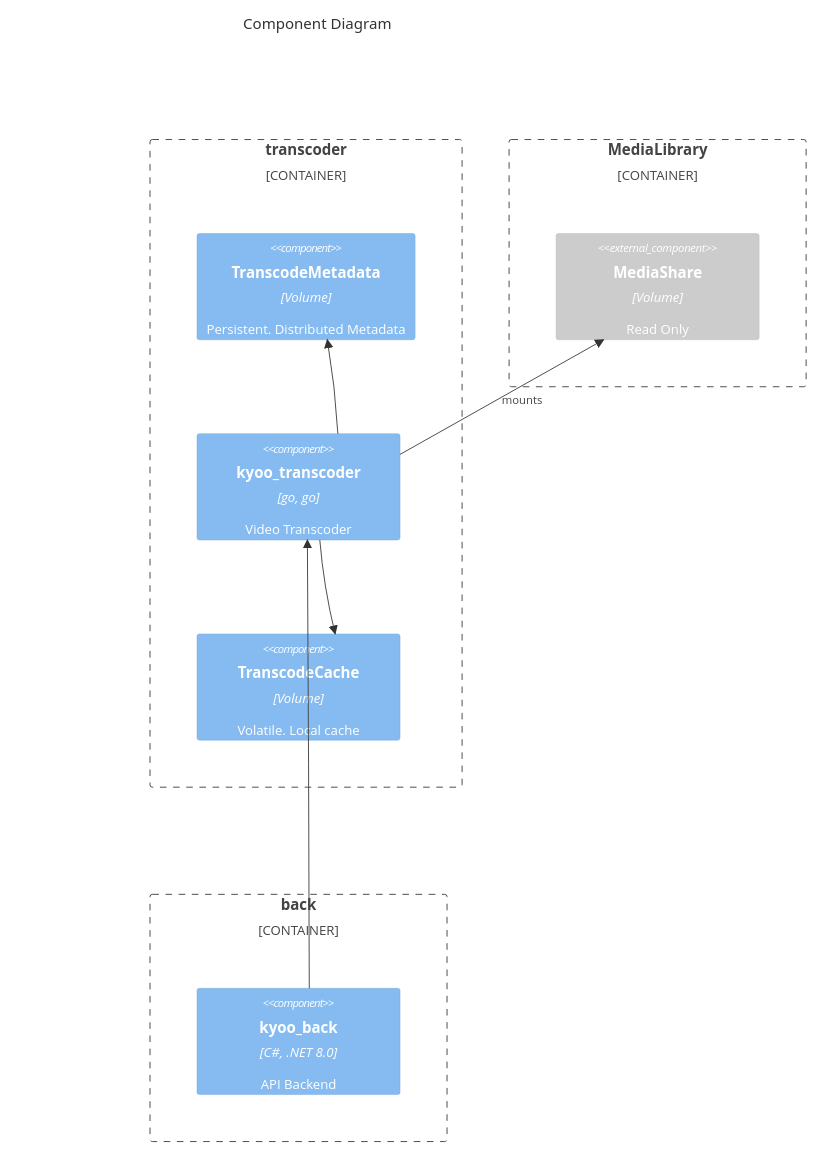
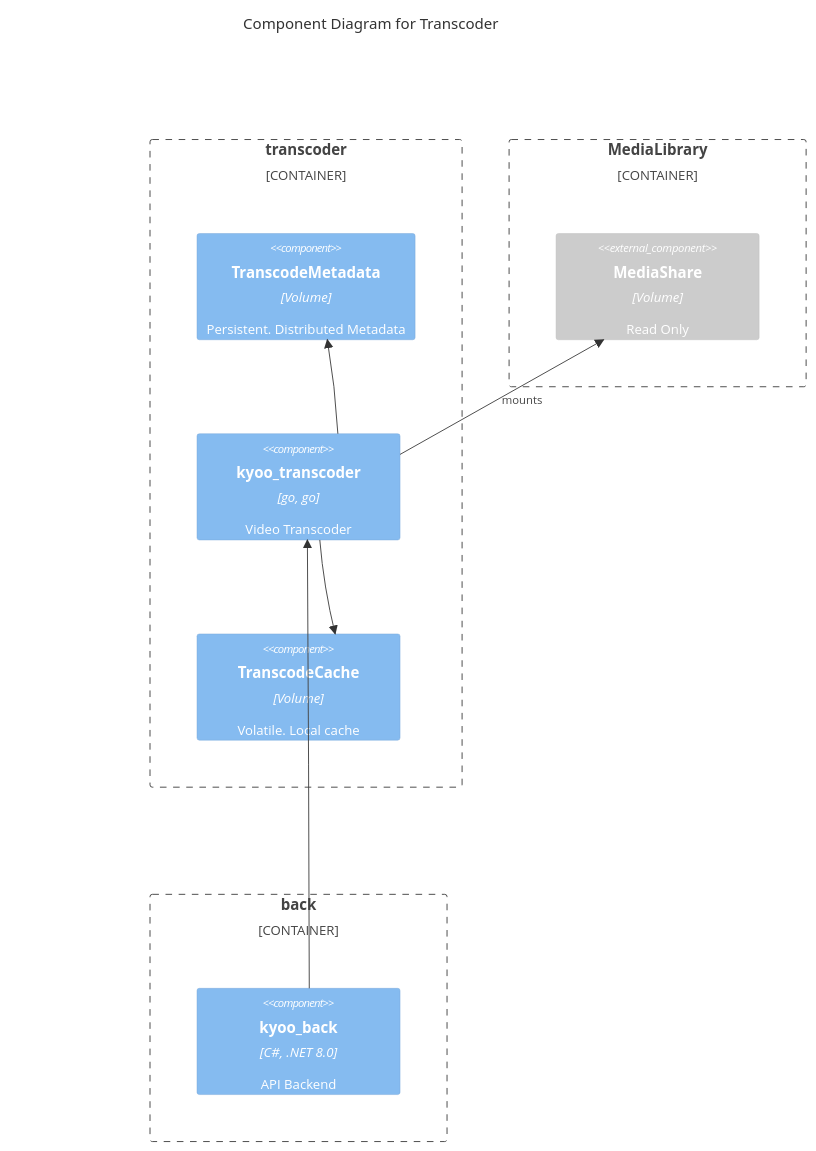
One commit to zoriya/Kyoo changed the eighth of 8 diagrams in DIAGRAMS.md. Above: the diagram before and after it, drawn with Mermaid. The commit also changed other lines of this file, not shown here.

````diff
--- a/DIAGRAMS.md
+++ b/DIAGRAMS.md
@@ -282,24 +261,23 @@
 ```mermaid
-  C4Component
-  title Component Diagram
+C4Component
   UpdateLayoutConfig($c4ShapeInRow="2", $c4BoundaryInRow="2")
+  
+  title Component Diagram for Transcoder
 
   Container_Boundary(transcoder, "transcoder") {
     Component(transcoder_c2, "TranscodeMetadata", "Volume", "Persistent. Distributed Metadata")
     Component(transcoder_c1, "kyoo_transcoder", "go, go", "Video Transcoder")
     Component(transcoder_c3, "TranscodeCache", "Volume", "Volatile. Local cache")
   }
-
   Container_Boundary(media, "MediaLibrary") {
     Component_Ext(media_c1, "MediaShare", "Volume", "Read Only")
   }
-
   Container_Boundary(backend, "back") {
     Component(backend_c2, "kyoo_back", "C#, .NET 8.0", "API Backend")
   }
 
   Rel(transcoder_c1, media_c1, "mounts")
   Rel(transcoder_c1, transcoder_c2, "")
   Rel(transcoder_c1, transcoder_c3, "")
   Rel(backend_c2, transcoder_c1, "")
 ```
````
